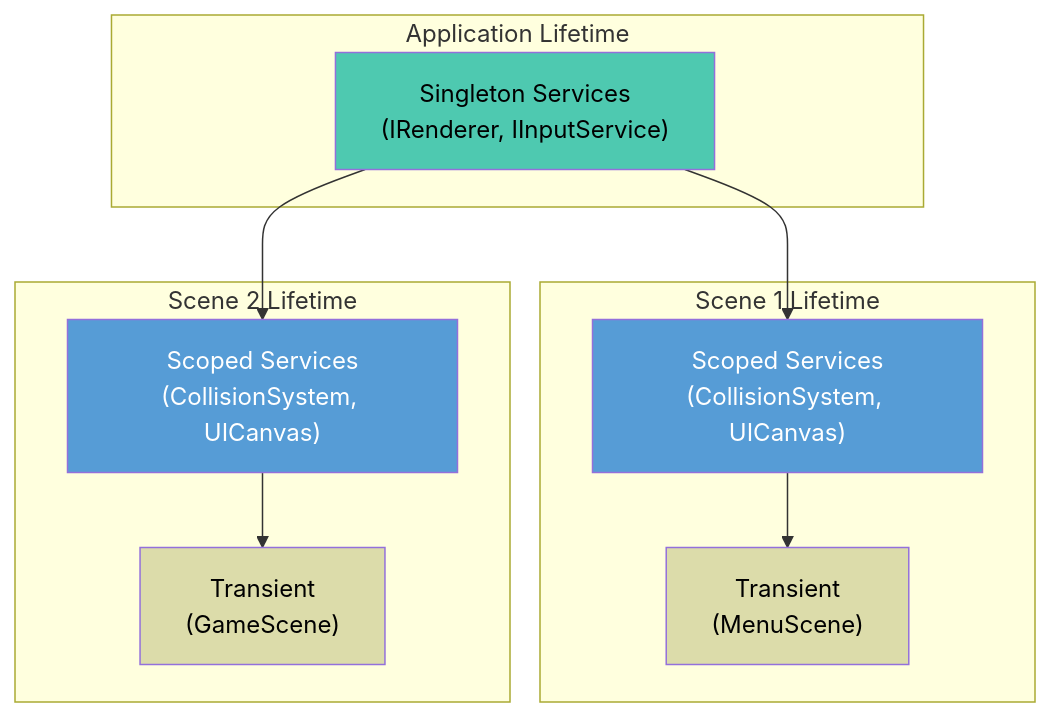
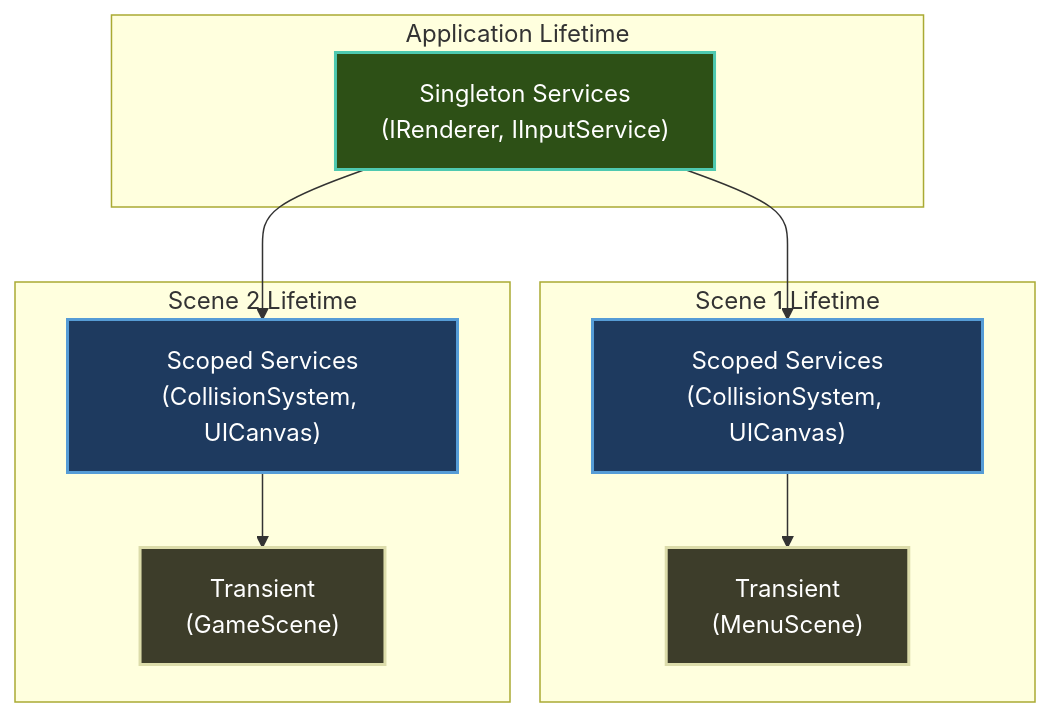
The second of 2 diagrams in docs/concepts/dependency-injection.md (CrazyPickleStudios/Brine2D-Documentation), drawn with Mermaid before and after one commit. The commit also changed other lines of this file and 9 other files, not shown here.

````diff
--- a/docs/concepts/dependency-injection.md
+++ b/docs/concepts/dependency-injection.md
@@ -42,27 +49,27 @@
 ```mermaid
 graph TD
     subgraph "Application Lifetime"
         SINGLETON["Singleton Services<br/>(IRenderer, IInputService)"]
     end
     
     subgraph "Scene 1 Lifetime"
         SCOPED1["Scoped Services<br/>(CollisionSystem, UICanvas)"]
         TRANSIENT1["Transient<br/>(MenuScene)"]
     end
     
     subgraph "Scene 2 Lifetime"
         SCOPED2["Scoped Services<br/>(CollisionSystem, UICanvas)"]
         TRANSIENT2["Transient<br/>(GameScene)"]
     end
     
     SINGLETON --> SCOPED1
     SINGLETON --> SCOPED2
     SCOPED1 --> TRANSIENT1
     SCOPED2 --> TRANSIENT2
-    
-    style SINGLETON fill:#4ec9b0,color:#000
-    style SCOPED1 fill:#569cd6,color:#fff
-    style SCOPED2 fill:#569cd6,color:#fff
-    style TRANSIENT1 fill:#dcdcaa,color:#000
-    style TRANSIENT2 fill:#dcdcaa,color:#000
+
+    style SINGLETON fill:#2d5016,stroke:#4ec9b0,stroke-width:2px,color:#fff
+style SCOPED1 fill:#1e3a5f,stroke:#569cd6,stroke-width:2px,color:#fff
+style SCOPED2 fill:#1e3a5f,stroke:#569cd6,stroke-width:2px,color:#fff
+style TRANSIENT1 fill:#3d3d2a,stroke:#dcdcaa,stroke-width:2px,color:#fff
+style TRANSIENT2 fill:#3d3d2a,stroke:#dcdcaa,stroke-width:2px,color:#fff
 ```
````
